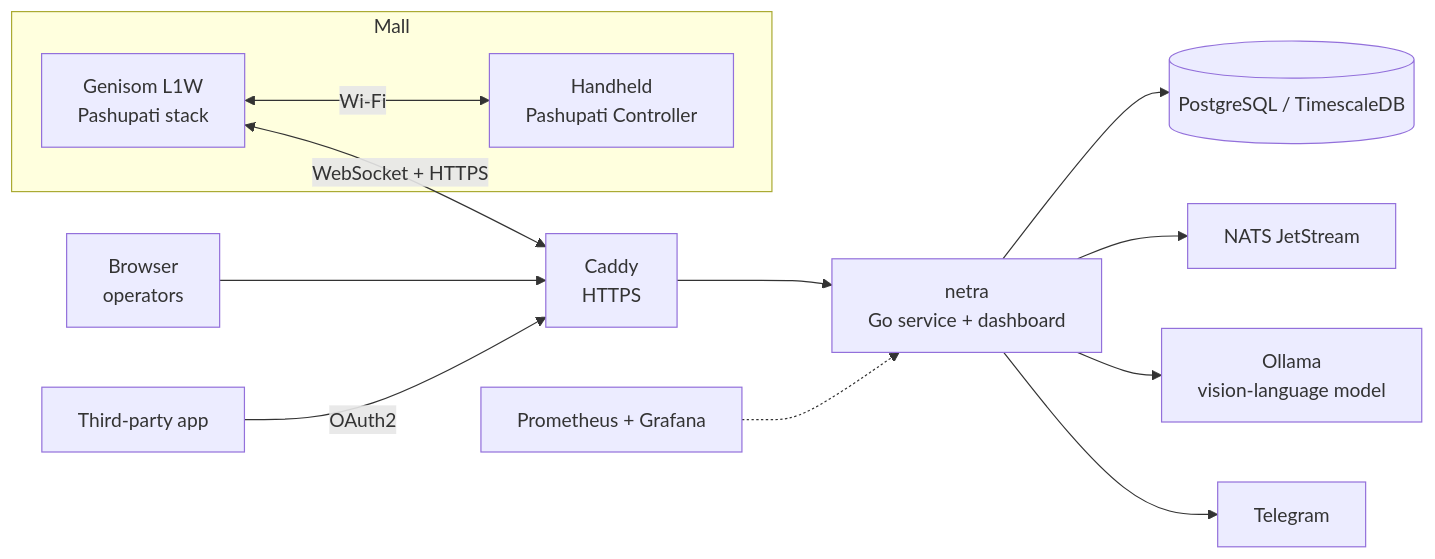
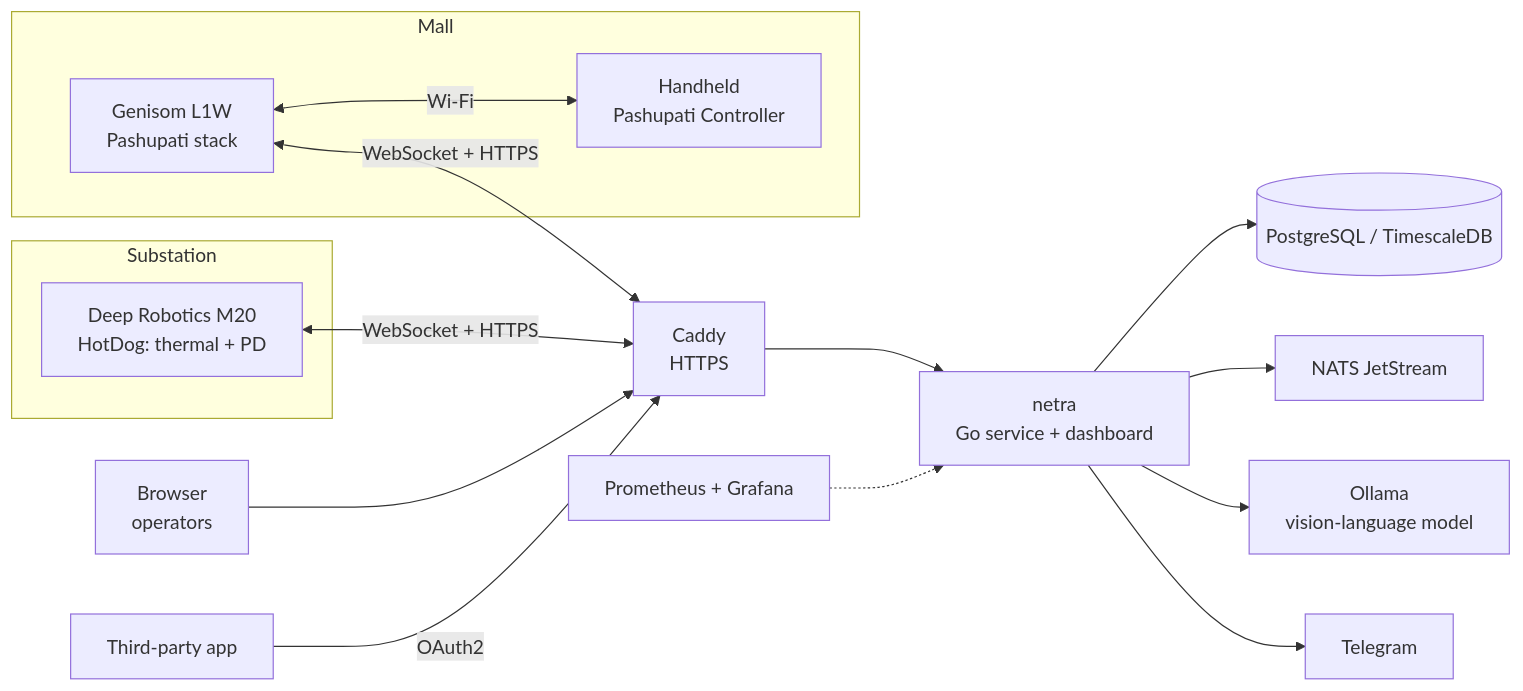
The diagram in README.md (DarmawanWeb/Netra), drawn with Mermaid before and after one commit. The commit also changed other lines of this file and 1 other file, not shown here.

Commit message:
docs: development guide, and the substation side in the README

````diff
--- a/README.md
+++ b/README.md
@@ -71,15 +80,19 @@
 ```mermaid
 flowchart LR
     subgraph Site[Mall]
         R[Genisom L1W<br/>Pashupati stack] <-- Wi-Fi --> H[Handheld<br/>Pashupati Controller]
     end
+    subgraph GI[Substation]
+        S[Deep Robotics M20<br/>HotDog: thermal + PD]
+    end
     R <-- WebSocket + HTTPS --> C[Caddy<br/>HTTPS]
+    S <-- WebSocket + HTTPS --> C
     B[Browser<br/>operators] --> C
     P[Third-party app] -- OAuth2 --> C
     C --> API[netra<br/>Go service + dashboard]
     API --> DB[(PostgreSQL / TimescaleDB)]
     API --> NATS[NATS JetStream]
     API --> OL[Ollama<br/>vision-language model]
     API --> TG[Telegram]
     PR[Prometheus + Grafana] -.-> API
 ```
````
